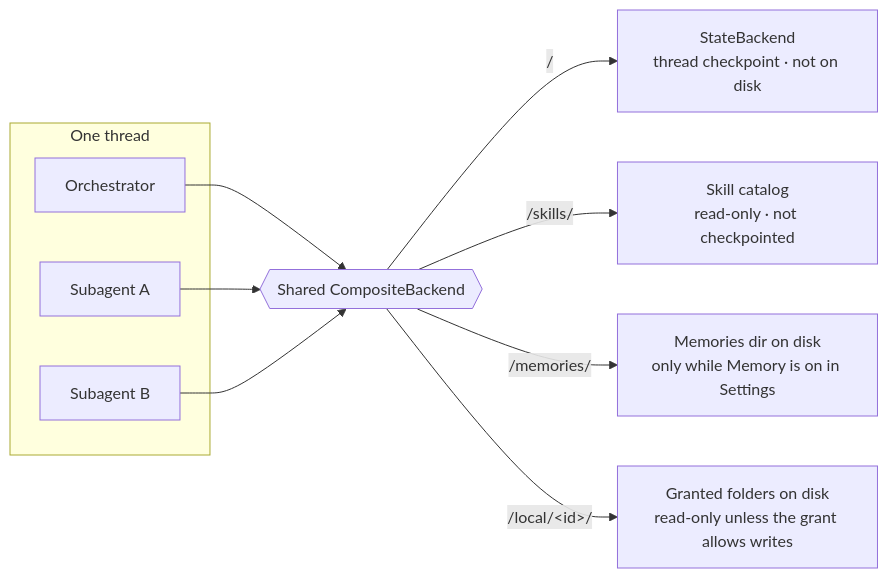
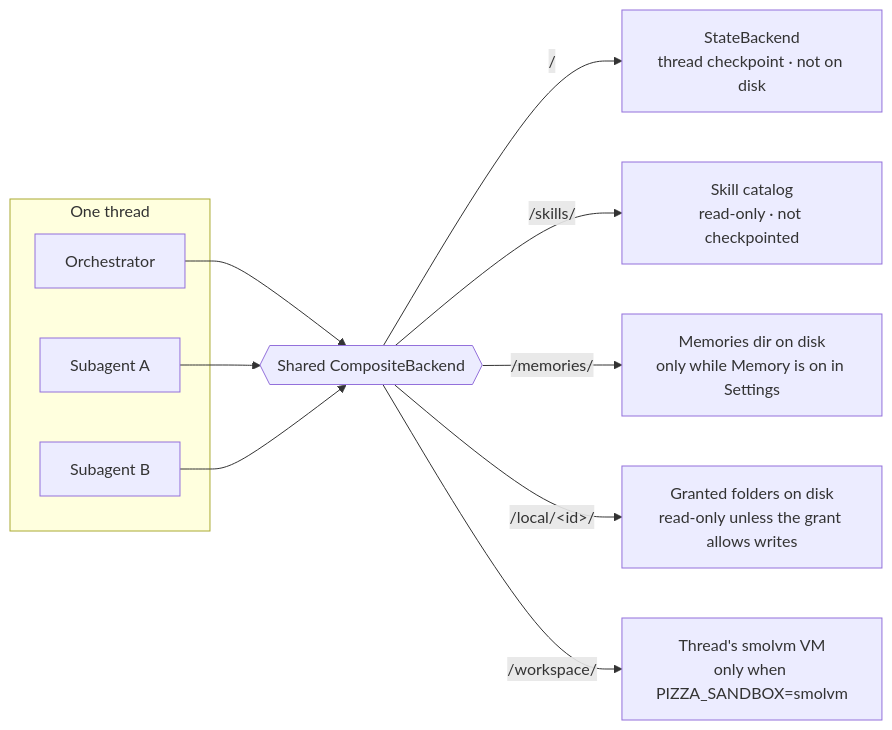
Before and after one commit to pizza-bot-app/pizza-bot: the second of 2 diagrams in docs/ARCHITECTURE.md, drawn with Mermaid. The commit also changed other lines of this file and 19 other files, not shown here.

First line of the commit message:
feat(runtime): opt-in smolvm shell sandbox for the execute tool

````diff
--- a/docs/ARCHITECTURE.md
+++ b/docs/ARCHITECTURE.md
@@ -220,13 +221,14 @@
   ```mermaid
   flowchart LR
     subgraph Thread["One thread"]
       O[Orchestrator]
       W1[Subagent A]
       W2[Subagent B]
     end
     O & W1 & W2 --> CB{{"Shared CompositeBackend"}}
     CB -->|"/"| SB["StateBackend<br/>thread checkpoint · not on disk"]
     CB -->|"/skills/"| SK["Skill catalog<br/>read-only · not checkpointed"]
     CB -->|"/memories/"| MEM["Memories dir on disk<br/>only while Memory is on in Settings"]
     CB -->|"/local/&lt;id&gt;/"| LF["Granted folders on disk<br/>read-only unless the grant allows writes"]
+    CB -->|"/workspace/"| VM["Thread's smolvm VM<br/>only when PIZZA_SANDBOX=smolvm"]
   ```
````
